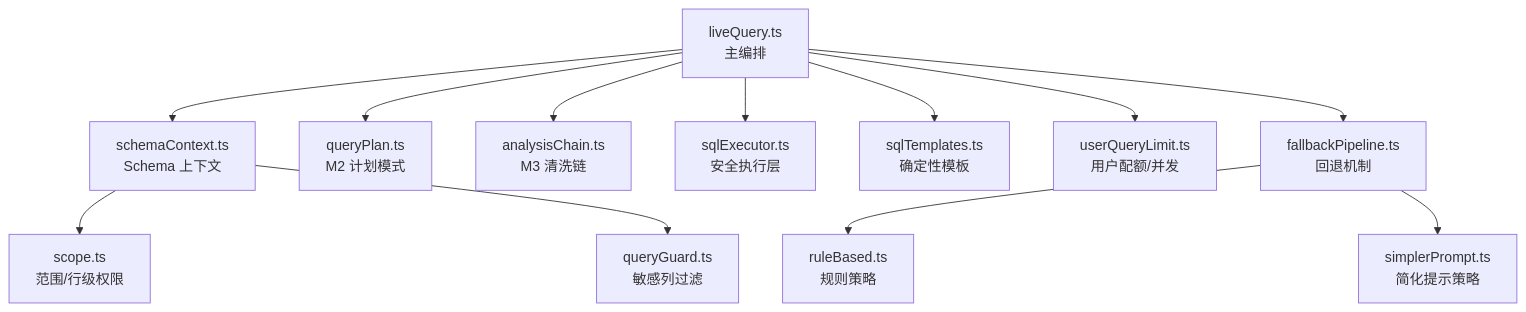
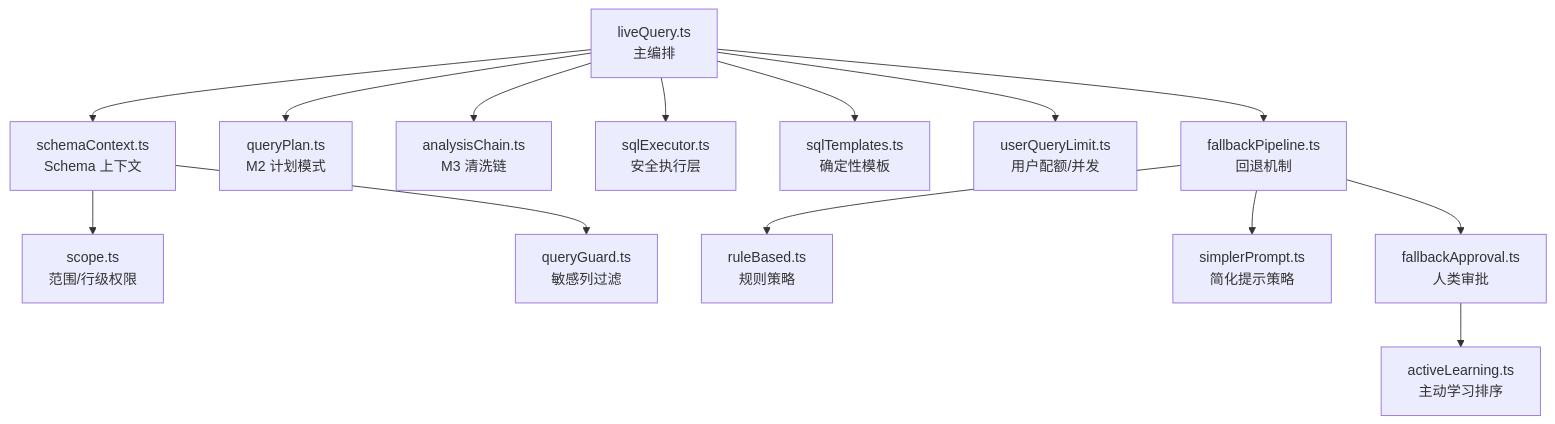
One commit to dgjin/smart-data-analytics changed the first of 12 diagrams in .qoder/repowiki/zh/content/系统架构/核心组件详解/查询处理引擎/查询处理引擎.md. Above: the diagram before and after it, drawn with Mermaid. The commit also changed other lines of this file and 66 other files, not shown here.

````diff
--- a/.qoder/repowiki/zh/content/系统架构/核心组件详解/查询处理引擎/查询处理引擎.md
+++ b/.qoder/repowiki/zh/content/系统架构/核心组件详解/查询处理引擎/查询处理引擎.md
@@ -54,14 +57,16 @@
 ```mermaid
 graph TB
 A["liveQuery.ts<br/>主编排"] --> B["schemaContext.ts<br/>Schema 上下文"]
 A --> C["queryPlan.ts<br/>M2 计划模式"]
 A --> D["analysisChain.ts<br/>M3 清洗链"]
 A --> E["sqlExecutor.ts<br/>安全执行层"]
 B --> F["scope.ts<br/>范围/行级权限"]
 B --> G["queryGuard.ts<br/>敏感列过滤"]
 A --> H["sqlTemplates.ts<br/>确定性模板"]
 A --> I["userQueryLimit.ts<br/>用户配额/并发"]
 A --> J["fallbackPipeline.ts<br/>回退机制"]
 J --> K["ruleBased.ts<br/>规则策略"]
 J --> L["simplerPrompt.ts<br/>简化提示策略"]
+J --> M["fallbackApproval.ts<br/>人类审批"]
+M --> N["activeLearning.ts<br/>主动学习排序"]
 ```
````
